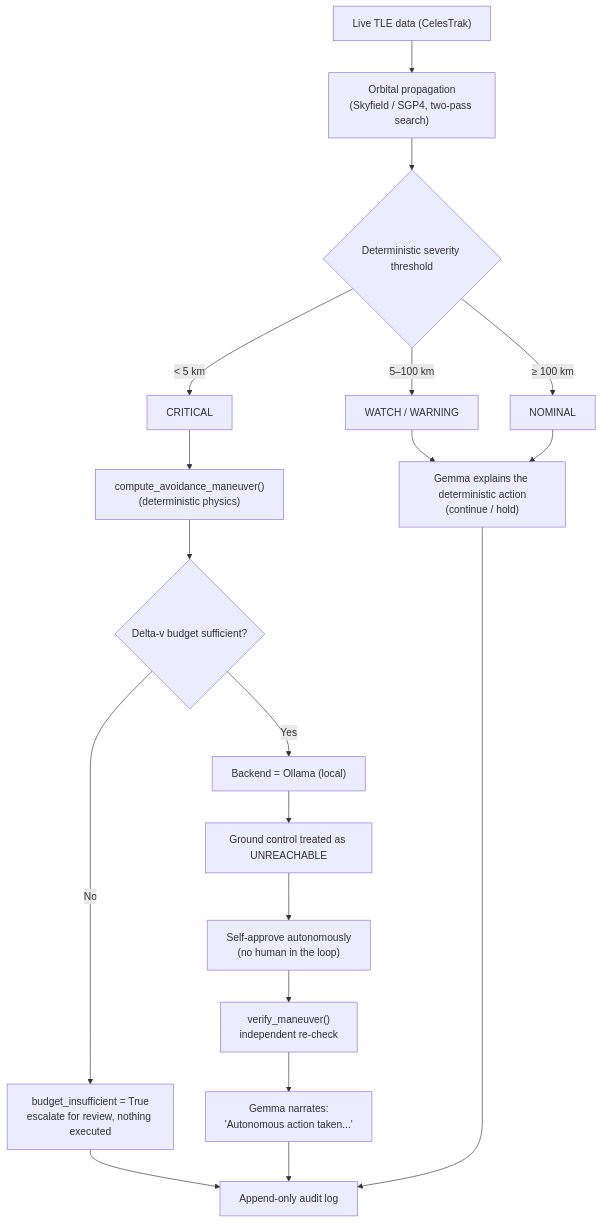
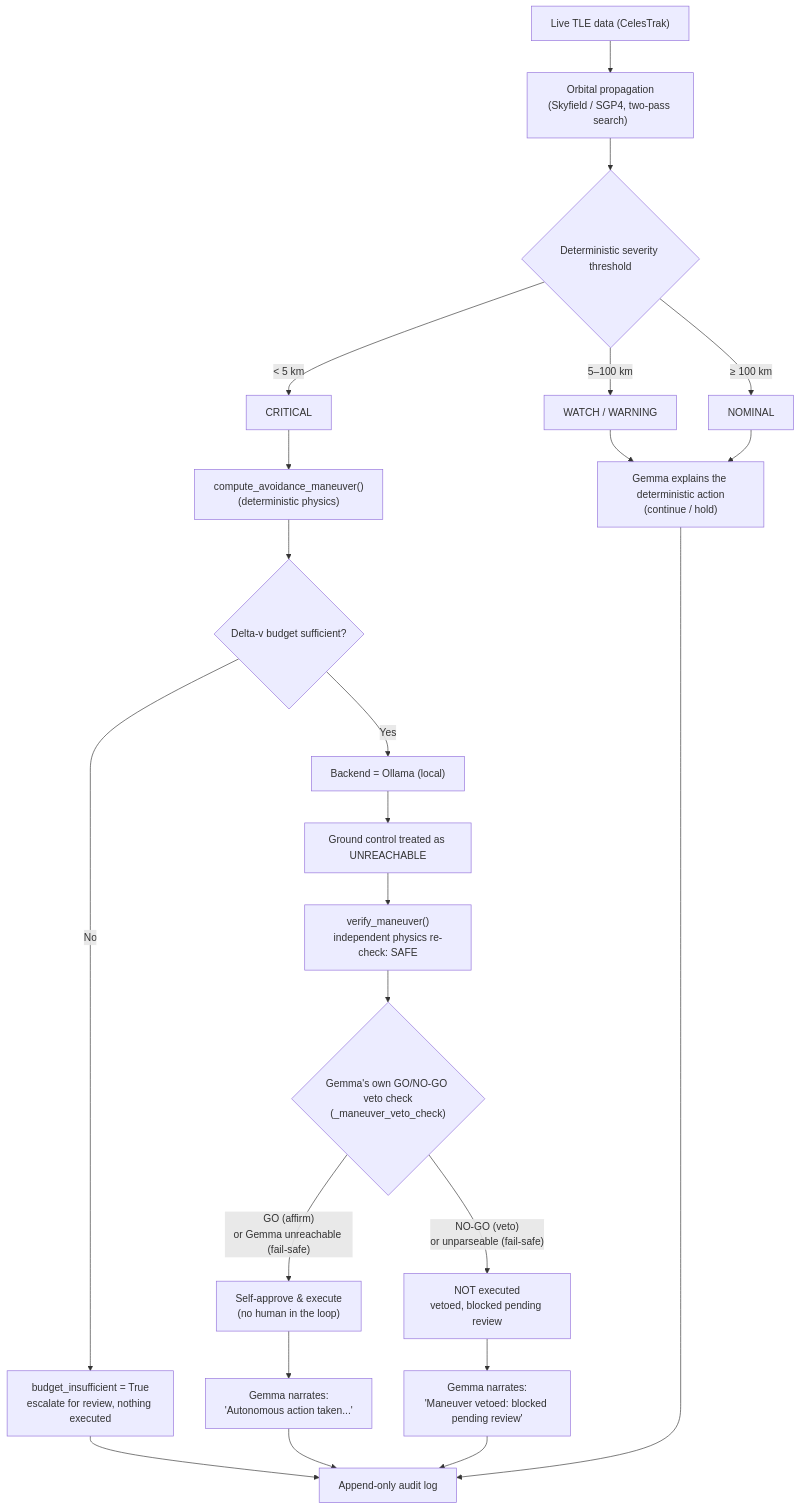
Before and after one commit to prashantibhatt04/Build-With-Gemma: the first of 2 diagrams in PROJECT_OVERVIEW.md, drawn with Mermaid. The commit also changed other lines of this file and 10 other files, not shown here.

First line of the commit message:
Add Phase 9: Gemma as autonomous maneuver veto-gate

````diff
--- a/PROJECT_OVERVIEW.md
+++ b/PROJECT_OVERVIEW.md
@@ -116,21 +123,25 @@
 ```mermaid
 flowchart TD
     A["Live TLE data (CelesTrak)"] --> B["Orbital propagation<br/>(Skyfield / SGP4, two-pass search)"]
     B --> C{"Deterministic severity threshold"}
     C -->|"&lt; 5 km"| D["CRITICAL"]
     C -->|"5–100 km"| E["WATCH / WARNING"]
     C -->|"&ge; 100 km"| F["NOMINAL"]
     E --> G["Gemma explains the deterministic action<br/>(continue / hold)"]
     F --> G
     D --> H["compute_avoidance_maneuver()<br/>(deterministic physics)"]
     H --> I{"Delta-v budget sufficient?"}
     I -->|"No"| J["budget_insufficient = True<br/>escalate for review, nothing executed"]
     I -->|"Yes"| K["Backend = Ollama (local)"]
     K --> L["Ground control treated as UNREACHABLE"]
-    L --> M["Self-approve autonomously<br/>(no human in the loop)"]
-    M --> N["verify_maneuver()<br/>independent re-check"]
-    N --> O["Gemma narrates:<br/>'Autonomous action taken...'"]
+    L --> M["verify_maneuver()<br/>independent physics re-check: SAFE"]
+    M --> Q{"Gemma's own GO/NO-GO veto check<br/>(_maneuver_veto_check)"}
+    Q -->|"GO (affirm)<br/>or Gemma unreachable (fail-safe)"| R["Self-approve & execute<br/>(no human in the loop)"]
+    Q -->|"NO-GO (veto)<br/>or unparseable (fail-safe)"| S["NOT executed<br/>vetoed, blocked pending review"]
+    R --> O["Gemma narrates:<br/>'Autonomous action taken...'"]
+    S --> T["Gemma narrates:<br/>'Maneuver vetoed: blocked pending review'"]
     O --> P["Append-only audit log"]
+    T --> P
     G --> P
     J --> P
 ```
````
